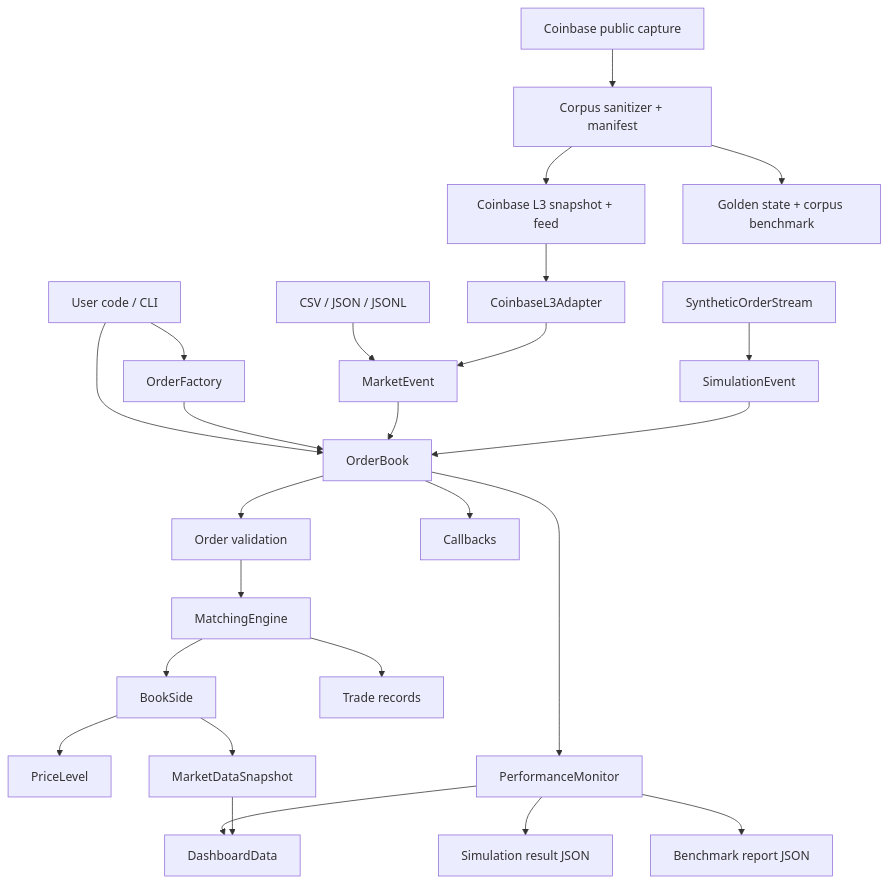
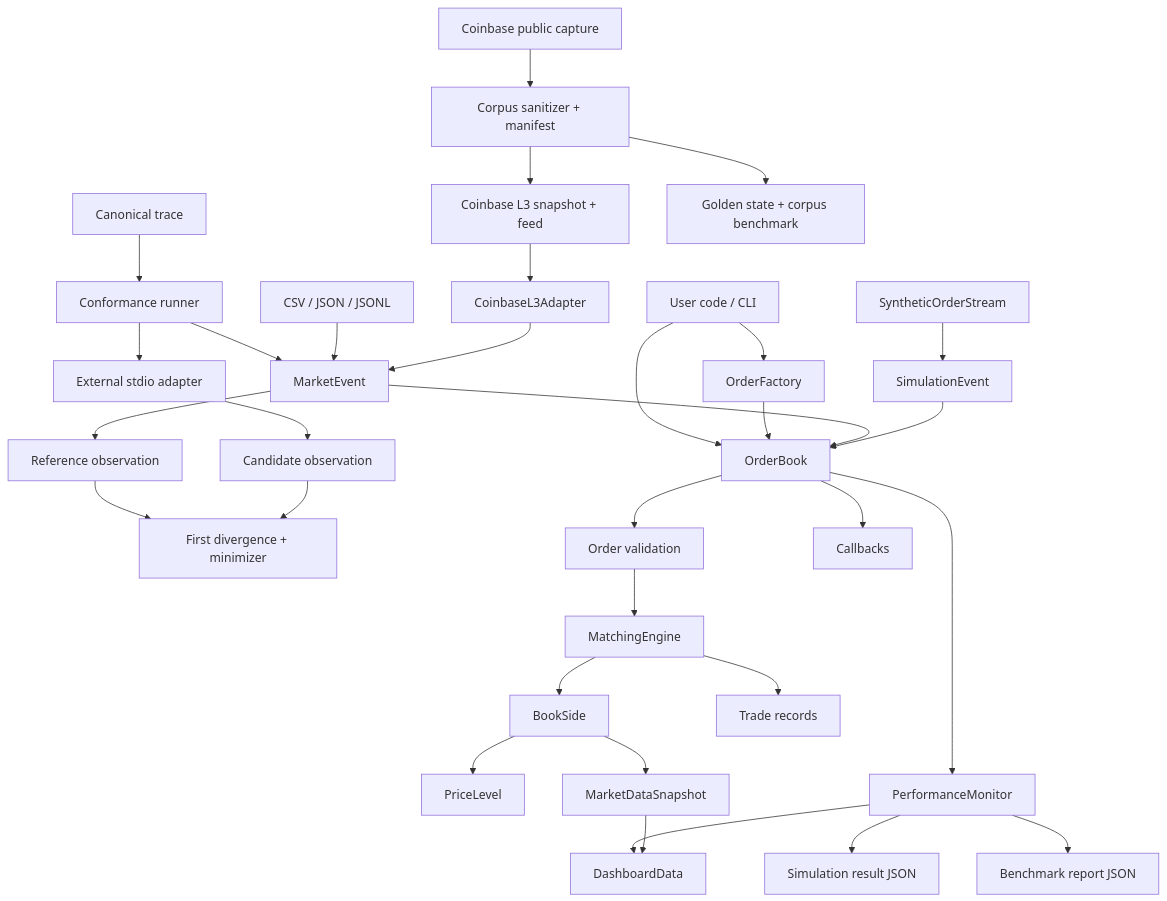
Before and after one commit to Taz33m/tracebook: the first of 2 diagrams in docs/architecture.md, drawn with Mermaid. The commit also changed other lines of this file and 40 other files, not shown here.

````diff
--- a/docs/architecture.md
+++ b/docs/architecture.md
@@ -7,27 +10,34 @@
 ```mermaid
 flowchart TD
     A["User code / CLI"] --> B["OrderFactory"]
+    X["Canonical trace"] --> Y["Conformance runner"]
+    Y --> R
+    Y --> Z["External stdio adapter"]
+    R --> AA["Reference observation"]
+    Z --> AB["Candidate observation"]
+    AA --> AC["First divergence + minimizer"]
+    AB --> AC
     A --> C["OrderBook"]
     B --> C
     C --> D["Order validation"]
     D --> E["MatchingEngine"]
     E --> F["BookSide"]
     F --> G["PriceLevel"]
     E --> H["Trade records"]
     F --> I["MarketDataSnapshot"]
     J["SyntheticOrderStream"] --> K["SimulationEvent"]
     Q["CSV / JSON / JSONL"] --> R["MarketEvent"]
     S["Coinbase L3 snapshot + feed"] --> T["CoinbaseL3Adapter"]
     U["Coinbase public capture"] --> V["Corpus sanitizer + manifest"]
     V --> S
     V --> W["Golden state + corpus benchmark"]
     T --> R
     R --> C
     K --> C
     C --> L["Callbacks"]
     C --> M["PerformanceMonitor"]
     M --> N["Simulation result JSON"]
     M --> O["Benchmark report JSON"]
     M --> P["DashboardData"]
     I --> P
 ```
````
